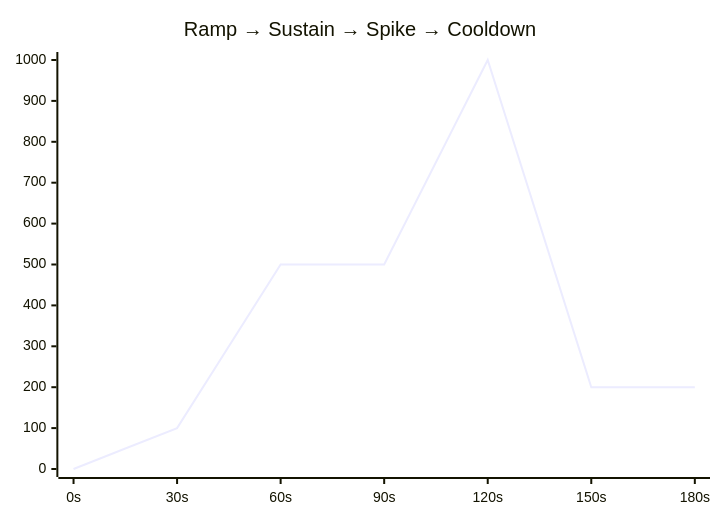
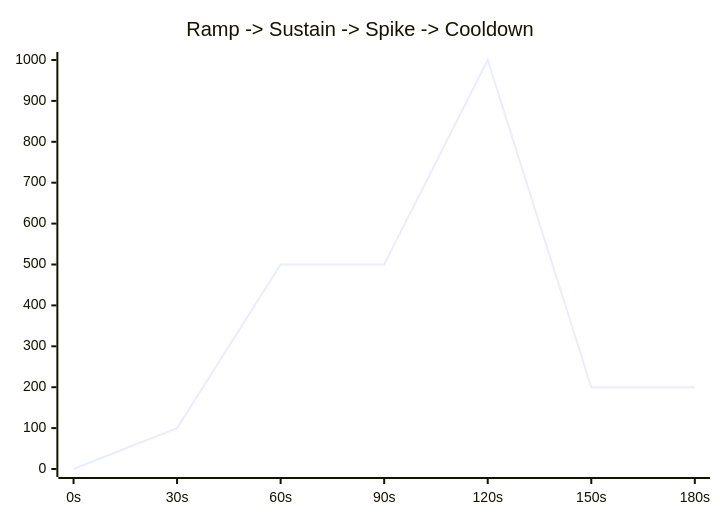
Before and after one commit to NawafSwe/qstorm: the diagram in README.md, drawn with Mermaid. The commit also changed other lines of this file, not shown here.

````diff
--- a/README.md
+++ b/README.md
@@ -213,15 +310,15 @@
 ```mermaid
 ---
 config:
     xyChart:
         xAxis:
             label: "Time"
         yAxis:
             label: "Messages/sec"
 ---
 xychart-beta
-    title "Ramp → Sustain → Spike → Cooldown"
+    title "Ramp -> Sustain -> Spike -> Cooldown"
     x-axis ["0s", "30s", "60s", "90s", "120s", "150s", "180s"]
     y-axis 0 --> 1000
     line [0, 100, 500, 500, 1000, 200, 200]
 ```
````
